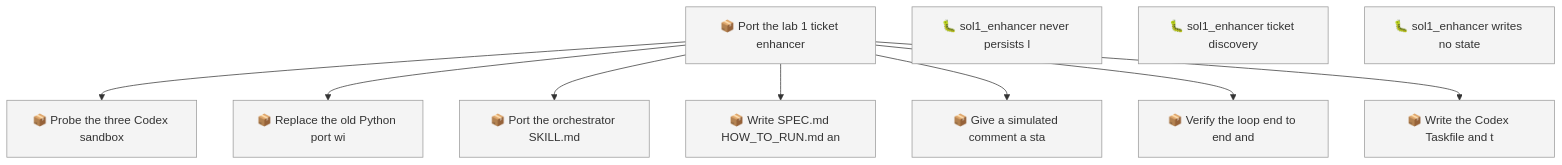
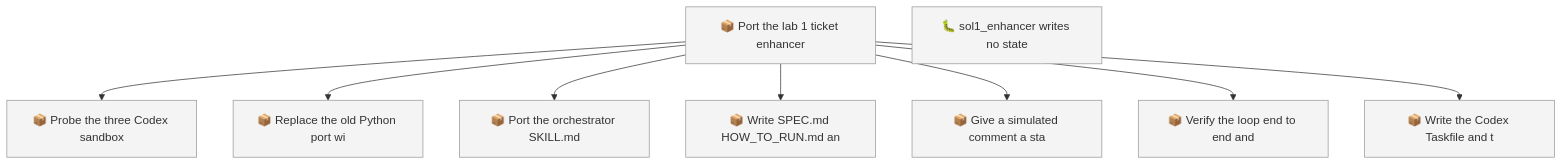
The first of 2 diagrams in docs/roadmap.md (RichardHightower/reliable-agentic-lab), drawn with Mermaid before and after one commit. The commit also changed other lines of this file and 2 other files, not shown here.

````diff
--- a/docs/roadmap.md
+++ b/docs/roadmap.md
@@ -54,23 +52,21 @@
 ```mermaid
 graph TD
     01M1217WSS22TWYCM42N3N6E9W["📦 Port the lab 1 ticket enhancer"]
     01M1217WT9586S4PHZFXV2RZQQ["📦 Probe the three Codex sandbox"]
     01M1217WT9NYGSJ2B43G3YE7FW["📦 Replace the old Python port wi"]
     01M1217WT9X3FMDT5YYM9D0E4B["📦 Port the orchestrator SKILL.md"]
     01M1217WTA3WFB7X29CF69BMJ5["📦 Write SPEC.md HOW_TO_RUN.md an"]
     01M1217WTAEM5W96N68WVN3CVS["📦 Give a simulated comment a sta"]
     01M1217WTAK4MAAXX3P7279H54["📦 Verify the loop end to end and"]
     01M1217WTAPT5AVHK27NAJJPMY["📦 Write the Codex Taskfile and t"]
-    01M1218DG6NDRH9ZEZJKZGN1ZE["🐛 sol1_enhancer never persists l"]
-    01M1218M5NYXMND79G5E0H4WBK["🐛 sol1_enhancer ticket discovery"]
     01M124T0411AFGE306A00T17X3["🐛 sol1_enhancer writes no state"]
     01M1217WSS22TWYCM42N3N6E9W --> 01M1217WT9586S4PHZFXV2RZQQ
     01M1217WSS22TWYCM42N3N6E9W --> 01M1217WT9NYGSJ2B43G3YE7FW
     01M1217WSS22TWYCM42N3N6E9W --> 01M1217WT9X3FMDT5YYM9D0E4B
     01M1217WSS22TWYCM42N3N6E9W --> 01M1217WTA3WFB7X29CF69BMJ5
     01M1217WSS22TWYCM42N3N6E9W --> 01M1217WTAEM5W96N68WVN3CVS
     01M1217WSS22TWYCM42N3N6E9W --> 01M1217WTAK4MAAXX3P7279H54
     01M1217WSS22TWYCM42N3N6E9W --> 01M1217WTAPT5AVHK27NAJJPMY
     classDef todo fill:#f4f4f4,stroke:#999999
-    class 01M1217WSS22TWYCM42N3N6E9W,01M1217WT9586S4PHZFXV2RZQQ,01M1217WT9NYGSJ2B43G3YE7FW,01M1217WT9X3FMDT5YYM9D0E4B,01M1217WTA3WFB7X29CF69BMJ5,01M1217WTAEM5W96N68WVN3CVS,01M1217WTAK4MAAXX3P7279H54,01M1217WTAPT5AVHK27NAJJPMY,01M1218DG6NDRH9ZEZJKZGN1ZE,01M1218M5NYXMND79G5E0H4WBK,01M124T0411AFGE306A00T17X3 todo
+    class 01M1217WSS22TWYCM42N3N6E9W,01M1217WT9586S4PHZFXV2RZQQ,01M1217WT9NYGSJ2B43G3YE7FW,01M1217WT9X3FMDT5YYM9D0E4B,01M1217WTA3WFB7X29CF69BMJ5,01M1217WTAEM5W96N68WVN3CVS,01M1217WTAK4MAAXX3P7279H54,01M1217WTAPT5AVHK27NAJJPMY,01M124T0411AFGE306A00T17X3 todo
 ```
````
